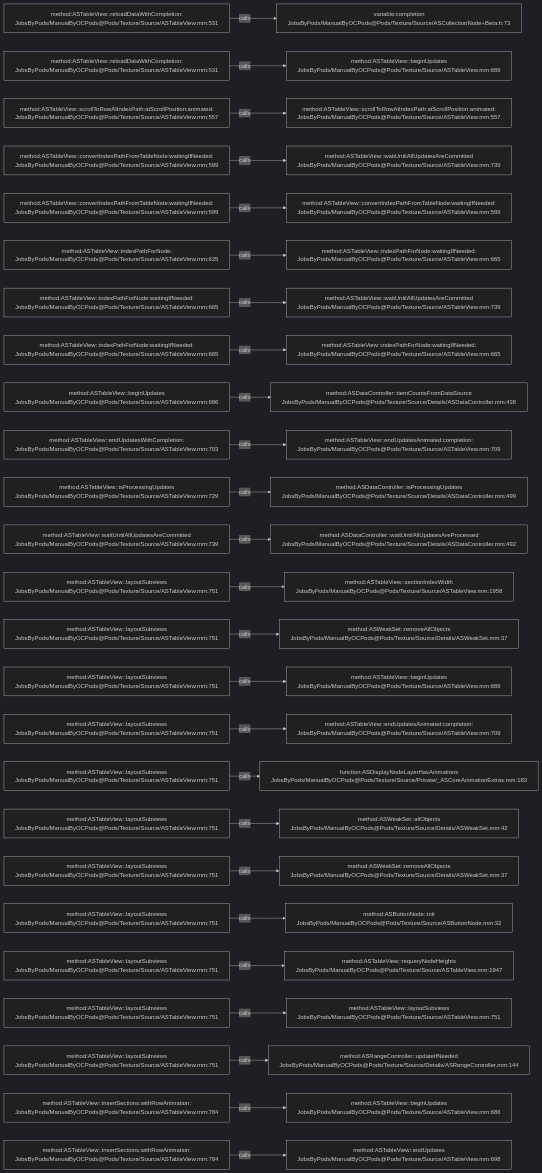
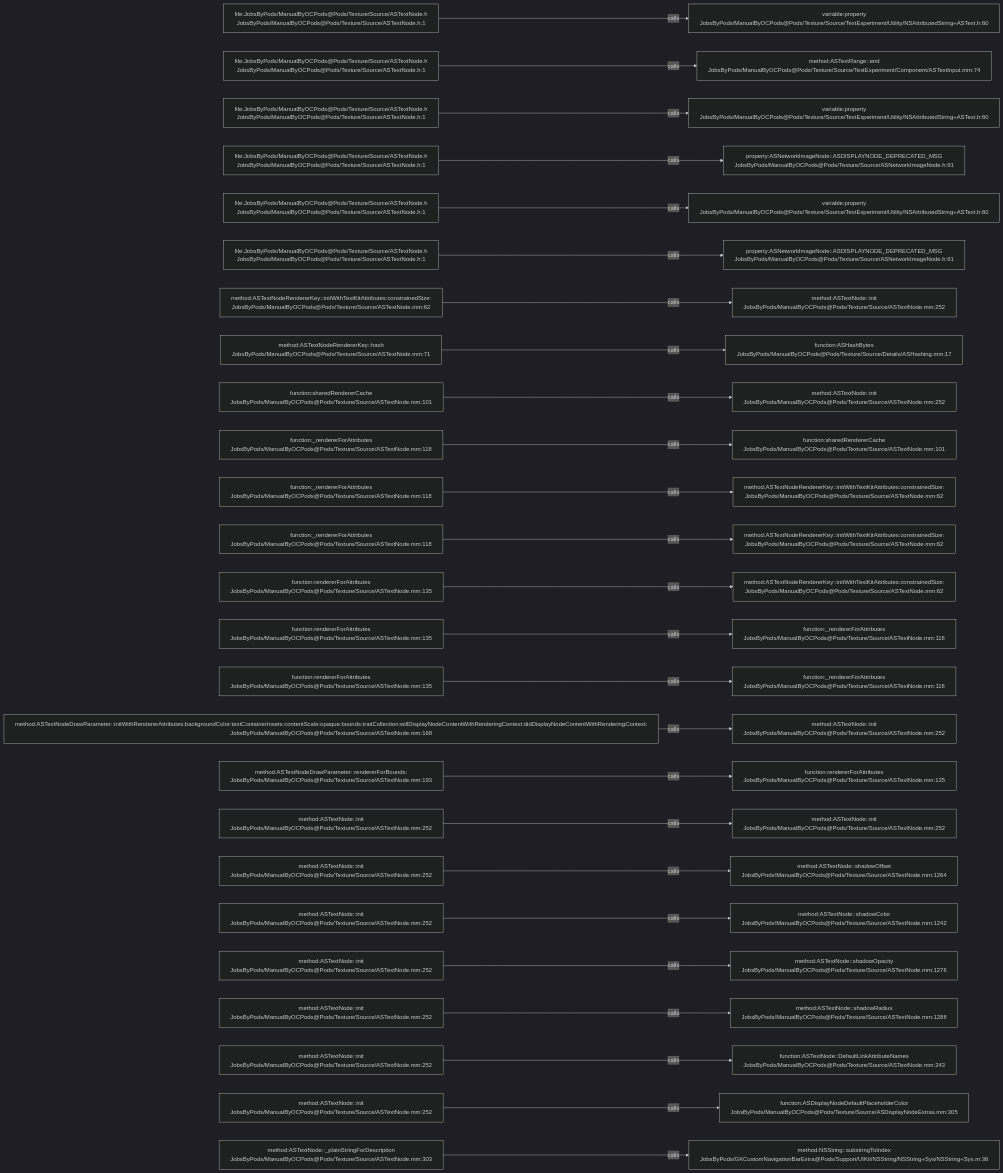
Before and after one commit to JobsKits/JobsOCBaseConfigDemo: the diagram in .codegraph/codegraph.md/graphs/calls-135.md, drawn with Mermaid (dark theme). The commit also changed 1223 other files, not shown here.

````diff
--- a/.codegraph/codegraph.md/graphs/calls-135.md
+++ b/.codegraph/codegraph.md/graphs/calls-135.md
@@ -13,78 +13,78 @@
 ```mermaid
 flowchart LR
-  S1["method:ASTableView::reloadDataWithCompletion:<br/>JobsByPods/ManualByOCPods@Pods/Texture/Source/ASTableView.mm:531"]
-  T1["variable:completion<br/>JobsByPods/ManualByOCPods@Pods/Texture/Source/ASCollectionNode+Beta.h:73"]
+  S1["file:JobsByPods/ManualByOCPods@Pods/Texture/Source/ASTextNode.h<br/>JobsByPods/ManualByOCPods@Pods/Texture/Source/ASTextNode.h:1"]
+  T1["variable:property<br/>JobsByPods/ManualByOCPods@Pods/Texture/Source/TextExperiment/Utility/NSAttributedString+ASText.h:60"]
   S1 -->|calls| T1
-  S2["method:ASTableView::reloadDataWithCompletion:<br/>JobsByPods/ManualByOCPods@Pods/Texture/Source/ASTableView.mm:531"]
-  T2["method:ASTableView::beginUpdates<br/>JobsByPods/ManualByOCPods@Pods/Texture/Source/ASTableView.mm:686"]
+  S2["file:JobsByPods/ManualByOCPods@Pods/Texture/Source/ASTextNode.h<br/>JobsByPods/ManualByOCPods@Pods/Texture/Source/ASTextNode.h:1"]
+  T2["method:ASTextRange::end<br/>JobsByPods/ManualByOCPods@Pods/Texture/Source/TextExperiment/Component/ASTextInput.mm:74"]
   S2 -->|calls| T2
-  S3["method:ASTableView::scrollToRowAtIndexPath:atScrollPosition:animated:<br/>JobsByPods/ManualByOCPods@Pods/Texture/Source/ASTableView.mm:557"]
-  T3["method:ASTableView::scrollToRowAtIndexPath:atScrollPosition:animated:<br/>JobsByPods/ManualByOCPods@Pods/Texture/Source/ASTableView.mm:557"]
+  S3["file:JobsByPods/ManualByOCPods@Pods/Texture/Source/ASTextNode.h<br/>JobsByPods/ManualByOCPods@Pods/Texture/Source/ASTextNode.h:1"]
+  T3["variable:property<br/>JobsByPods/ManualByOCPods@Pods/Texture/Source/TextExperiment/Utility/NSAttributedString+ASText.h:60"]
   S3 -->|calls| T3
-  S4["method:ASTableView::convertIndexPathFromTableNode:waitingIfNeeded:<br/>JobsByPods/ManualByOCPods@Pods/Texture/Source/ASTableView.mm:599"]
-  T4["method:ASTableView::waitUntilAllUpdatesAreCommitted<br/>JobsByPods/ManualByOCPods@Pods/Texture/Source/ASTableView.mm:739"]
+  S4["file:JobsByPods/ManualByOCPods@Pods/Texture/Source/ASTextNode.h<br/>JobsByPods/ManualByOCPods@Pods/Texture/Source/ASTextNode.h:1"]
+  T4["property:ASNetworkImageNode::ASDISPLAYNODE_DEPRECATED_MSG<br/>JobsByPods/ManualByOCPods@Pods/Texture/Source/ASNetworkImageNode.h:91"]
   S4 -->|calls| T4
-  S5["method:ASTableView::convertIndexPathFromTableNode:waitingIfNeeded:<br/>JobsByPods/ManualByOCPods@Pods/Texture/Source/ASTableView.mm:599"]
-  T5["method:ASTableView::convertIndexPathFromTableNode:waitingIfNeeded:<br/>JobsByPods/ManualByOCPods@Pods/Texture/Source/ASTableView.mm:599"]
+  S5["file:JobsByPods/ManualByOCPods@Pods/Texture/Source/ASTextNode.h<br/>JobsByPods/ManualByOCPods@Pods/Texture/Source/ASTextNode.h:1"]
+  T5["variable:property<br/>JobsByPods/ManualByOCPods@Pods/Texture/Source/TextExperiment/Utility/NSAttributedString+ASText.h:60"]
   S5 -->|calls| T5
-  S6["method:ASTableView::indexPathForNode:<br/>JobsByPods/ManualByOCPods@Pods/Texture/Source/ASTableView.mm:635"]
-  T6["method:ASTableView::indexPathForNode:waitingIfNeeded:<br/>JobsByPods/ManualByOCPods@Pods/Texture/Source/ASTableView.mm:665"]
+  S6["file:JobsByPods/ManualByOCPods@Pods/Texture/Source/ASTextNode.h<br/>JobsByPods/ManualByOCPods@Pods/Texture/Source/ASTextNode.h:1"]
+  T6["property:ASNetworkImageNode::ASDISPLAYNODE_DEPRECATED_MSG<br/>JobsByPods/ManualByOCPods@Pods/Texture/Source/ASNetworkImageNode.h:91"]
   S6 -->|calls| T6
-  S7["method:ASTableView::indexPathForNode:waitingIfNeeded:<br/>JobsByPods/ManualByOCPods@Pods/Texture/Source/ASTableView.mm:665"]
-  T7["method:ASTableView::waitUntilAllUpdatesAreCommitted<br/>JobsByPods/ManualByOCPods@Pods/Texture/Source/ASTableView.mm:739"]
+  S7["method:ASTextNodeRendererKey::initWithTextKitAttributes:constrainedSize:<br/>JobsByPods/ManualByOCPods@Pods/Texture/Source/ASTextNode.mm:62"]
+  T7["method:ASTextNode::init<br/>JobsByPods/ManualByOCPods@Pods/Texture/Source/ASTextNode.mm:252"]
   S7 -->|calls| T7
-  S8["method:ASTableView::indexPathForNode:waitingIfNeeded:<br/>JobsByPods/ManualByOCPods@Pods/Texture/Source/ASTableView.mm:665"]
-  T8["method:ASTableView::indexPathForNode:waitingIfNeeded:<br/>JobsByPods/ManualByOCPods@Pods/Texture/Source/ASTableView.mm:665"]
+  S8["method:ASTextNodeRendererKey::hash<br/>JobsByPods/ManualByOCPods@Pods/Texture/Source/ASTextNode.mm:71"]
+  T8["function:ASHashBytes<br/>JobsByPods/ManualByOCPods@Pods/Texture/Source/Details/ASHashing.mm:17"]
   S8 -->|calls| T8
-  S9["method:ASTableView::beginUpdates<br/>JobsByPods/ManualByOCPods@Pods/Texture/Source/ASTableView.mm:686"]
-  T9["method:ASDataController::itemCountsFromDataSource<br/>JobsByPods/ManualByOCPods@Pods/Texture/Source/Details/ASDataController.mm:438"]
+  S9["function:sharedRendererCache<br/>JobsByPods/ManualByOCPods@Pods/Texture/Source/ASTextNode.mm:101"]
+  T9["method:ASTextNode::init<br/>JobsByPods/ManualByOCPods@Pods/Texture/Source/ASTextNode.mm:252"]
   S9 -->|calls| T9
-  S10["method:ASTableView::endUpdatesWithCompletion:<br/>JobsByPods/ManualByOCPods@Pods/Texture/Source/ASTableView.mm:703"]
-  T10["method:ASTableView::endUpdatesAnimated:completion:<br/>JobsByPods/ManualByOCPods@Pods/Texture/Source/ASTableView.mm:709"]
+  S10["function:_rendererForAttributes<br/>JobsByPods/ManualByOCPods@Pods/Texture/Source/ASTextNode.mm:118"]
+  T10["function:sharedRendererCache<br/>JobsByPods/ManualByOCPods@Pods/Texture/Source/ASTextNode.mm:101"]
   S10 -->|calls| T10
-  S11["method:ASTableView::isProcessingUpdates<br/>JobsByPods/ManualByOCPods@Pods/Texture/Source/ASTableView.mm:729"]
-  T11["method:ASDataController::isProcessingUpdates<br/>JobsByPods/ManualByOCPods@Pods/Texture/Source/Details/ASDataController.mm:499"]
+  S11["function:_rendererForAttributes<br/>JobsByPods/ManualByOCPods@Pods/Texture/Source/ASTextNode.mm:118"]
+  T11["method:ASTextNodeRendererKey::initWithTextKitAttributes:constrainedSize:<br/>JobsByPods/ManualByOCPods@Pods/Texture/Source/ASTextNode.mm:62"]
   S11 -->|calls| T11
-  S12["method:ASTableView::waitUntilAllUpdatesAreCommitted<br/>JobsByPods/ManualByOCPods@Pods/Texture/Source/ASTableView.mm:739"]
-  T12["method:ASDataController::waitUntilAllUpdatesAreProcessed<br/>JobsByPods/ManualByOCPods@Pods/Texture/Source/Details/ASDataController.mm:492"]
+  S12["function:_rendererForAttributes<br/>JobsByPods/ManualByOCPods@Pods/Texture/Source/ASTextNode.mm:118"]
+  T12["method:ASTextNodeRendererKey::initWithTextKitAttributes:constrainedSize:<br/>JobsByPods/ManualByOCPods@Pods/Texture/Source/ASTextNode.mm:62"]
   S12 -->|calls| T12
-  S13["method:ASTableView::layoutSubviews<br/>JobsByPods/ManualByOCPods@Pods/Texture/Source/ASTableView.mm:751"]
-  T13["method:ASTableView::sectionIndexWidth<br/>JobsByPods/ManualByOCPods@Pods/Texture/Source/ASTableView.mm:1958"]
+  S13["function:rendererForAttributes<br/>JobsByPods/ManualByOCPods@Pods/Texture/Source/ASTextNode.mm:135"]
+  T13["method:ASTextNodeRendererKey::initWithTextKitAttributes:constrainedSize:<br/>JobsByPods/ManualByOCPods@Pods/Texture/Source/ASTextNode.mm:62"]
   S13 -->|calls| T13
-  S14["method:ASTableView::layoutSubviews<br/>JobsByPods/ManualByOCPods@Pods/Texture/Source/ASTableView.mm:751"]
-  T14["method:ASWeakSet::removeAllObjects<br/>JobsByPods/ManualByOCPods@Pods/Texture/Source/Details/ASWeakSet.mm:37"]
+  S14["function:rendererForAttributes<br/>JobsByPods/ManualByOCPods@Pods/Texture/Source/ASTextNode.mm:135"]
+  T14["function:_rendererForAttributes<br/>JobsByPods/ManualByOCPods@Pods/Texture/Source/ASTextNode.mm:118"]
   S14 -->|calls| T14
-  S15["method:ASTableView::layoutSubviews<br/>JobsByPods/ManualByOCPods@Pods/Texture/Source/ASTableView.mm:751"]
-  T15["method:ASTableView::beginUpdates<br/>JobsByPods/ManualByOCPods@Pods/Texture/Source/ASTableView.mm:686"]
+  S15["function:rendererForAttributes<br/>JobsByPods/ManualByOCPods@Pods/Texture/Source/ASTextNode.mm:135"]
+  T15["function:_rendererForAttributes<br/>JobsByPods/ManualByOCPods@Pods/Texture/Source/ASTextNode.mm:118"]
   S15 -->|calls| T15
-  S16["method:ASTableView::layoutSubviews<br/>JobsByPods/ManualByOCPods@Pods/Texture/Source/ASTableView.mm:751"]
-  T16["method:ASTableView::endUpdatesAnimated:completion:<br/>JobsByPods/ManualByOCPods@Pods/Texture/Source/ASTableView.mm:709"]
+  S16["method:ASTextNodeDrawParameter::initWithRendererAttributes:backgroundColor:textContainerInsets:contentScale:opaque:bounds:traitCollection:willDisplayNodeContentWithRenderingContext:didDisplayNodeContentWithRenderingContext:<br/>JobsByPods/ManualByOCPods@Pods/Texture/Source/ASTextNode.mm:168"]
+  T16["method:ASTextNode::init<br/>JobsByPods/ManualByOCPods@Pods/Texture/Source/ASTextNode.mm:252"]
   S16 -->|calls| T16
-  S17["method:ASTableView::layoutSubviews<br/>JobsByPods/ManualByOCPods@Pods/Texture/Source/ASTableView.mm:751"]
-  T17["function:ASDisplayNodeLayerHasAnimations<br/>JobsByPods/ManualByOCPods@Pods/Texture/Source/Private/_ASCoreAnimationExtras.mm:183"]
+  S17["method:ASTextNodeDrawParameter::rendererForBounds:<br/>JobsByPods/ManualByOCPods@Pods/Texture/Source/ASTextNode.mm:193"]
+  T17["function:rendererForAttributes<br/>JobsByPods/ManualByOCPods@Pods/Texture/Source/ASTextNode.mm:135"]
   S17 -->|calls| T17
-  S18["method:ASTableView::layoutSubviews<br/>JobsByPods/ManualByOCPods@Pods/Texture/Source/ASTableView.mm:751"]
-  T18["method:ASWeakSet::allObjects<br/>JobsByPods/ManualByOCPods@Pods/Texture/Source/Details/ASWeakSet.mm:42"]
+  S18["method:ASTextNode::init<br/>JobsByPods/ManualByOCPods@Pods/Texture/Source/ASTextNode.mm:252"]
+  T18["method:ASTextNode::init<br/>JobsByPods/ManualByOCPods@Pods/Texture/Source/ASTextNode.mm:252"]
   S18 -->|calls| T18
-  S19["method:ASTableView::layoutSubviews<br/>JobsByPods/ManualByOCPods@Pods/Texture/Source/ASTableView.mm:751"]
-  T19["method:ASWeakSet::removeAllObjects<br/>JobsByPods/ManualByOCPods@Pods/Texture/Source/Details/ASWeakSet.mm:37"]
+  S19["method:ASTextNode::init<br/>JobsByPods/ManualByOCPods@Pods/Texture/Source/ASTextNode.mm:252"]
+  T19["method:ASTextNode::shadowOffset<br/>JobsByPods/ManualByOCPods@Pods/Texture/Source/ASTextNode.mm:1264"]
   S19 -->|calls| T19
-  S20["method:ASTableView::layoutSubviews<br/>JobsByPods/ManualByOCPods@Pods/Texture/Source/ASTableView.mm:751"]
-  T20["method:ASButtonNode::init<br/>JobsByPods/ManualByOCPods@Pods/Texture/Source/ASButtonNode.mm:32"]
+  S20["method:ASTextNode::init<br/>JobsByPods/ManualByOCPods@Pods/Texture/Source/ASTextNode.mm:252"]
+  T20["method:ASTextNode::shadowColor<br/>JobsByPods/ManualByOCPods@Pods/Texture/Source/ASTextNode.mm:1242"]
   S20 -->|calls| T20
-  S21["method:ASTableView::layoutSubviews<br/>JobsByPods/ManualByOCPods@Pods/Texture/Source/ASTableView.mm:751"]
-  T21["method:ASTableView::requeryNodeHeights<br/>JobsByPods/ManualByOCPods@Pods/Texture/Source/ASTableView.mm:1947"]
+  S21["method:ASTextNode::init<br/>JobsByPods/ManualByOCPods@Pods/Texture/Source/ASTextNode.mm:252"]
+  T21["method:ASTextNode::shadowOpacity<br/>JobsByPods/ManualByOCPods@Pods/Texture/Source/ASTextNode.mm:1276"]
   S21 -->|calls| T21
-  S22["method:ASTableView::layoutSubviews<br/>JobsByPods/ManualByOCPods@Pods/Texture/Source/ASTableView.mm:751"]
-  T22["method:ASTableView::layoutSubviews<br/>JobsByPods/ManualByOCPods@Pods/Texture/Source/ASTableView.mm:751"]
+  S22["method:ASTextNode::init<br/>JobsByPods/ManualByOCPods@Pods/Texture/Source/ASTextNode.mm:252"]
+  T22["method:ASTextNode::shadowRadius<br/>JobsByPods/ManualByOCPods@Pods/Texture/Source/ASTextNode.mm:1288"]
   S22 -->|calls| T22
-  S23["method:ASTableView::layoutSubviews<br/>JobsByPods/ManualByOCPods@Pods/Texture/Source/ASTableView.mm:751"]
-  T23["method:ASRangeController::updateIfNeeded<br/>JobsByPods/ManualByOCPods@Pods/Texture/Source/Details/ASRangeController.mm:144"]
+  S23["method:ASTextNode::init<br/>JobsByPods/ManualByOCPods@Pods/Texture/Source/ASTextNode.mm:252"]
+  T23["function:ASTextNode::DefaultLinkAttributeNames<br/>JobsByPods/ManualByOCPods@Pods/Texture/Source/ASTextNode.mm:243"]
   S23 -->|calls| T23
-  S24["method:ASTableView::insertSections:withRowAnimation:<br/>JobsByPods/ManualByOCPods@Pods/Texture/Source/ASTableView.mm:784"]
-  T24["method:ASTableView::beginUpdates<br/>JobsByPods/ManualByOCPods@Pods/Texture/Source/ASTableView.mm:686"]
+  S24["method:ASTextNode::init<br/>JobsByPods/ManualByOCPods@Pods/Texture/Source/ASTextNode.mm:252"]
+  T24["function:ASDisplayNodeDefaultPlaceholderColor<br/>JobsByPods/ManualByOCPods@Pods/Texture/Source/ASDisplayNodeExtras.mm:305"]
   S24 -->|calls| T24
-  S25["method:ASTableView::insertSections:withRowAnimation:<br/>JobsByPods/ManualByOCPods@Pods/Texture/Source/ASTableView.mm:784"]
-  T25["method:ASTableView::endUpdates<br/>JobsByPods/ManualByOCPods@Pods/Texture/Source/ASTableView.mm:698"]
+  S25["method:ASTextNode::_plainStringForDescription<br/>JobsByPods/ManualByOCPods@Pods/Texture/Source/ASTextNode.mm:303"]
+  T25["method:NSString::substringToIndex<br/>JobsByPods/GKCustomNavigationBarExtra@Pods/Support/UIKit/NSString/NSString+Sys/NSString+Sys.m:36"]
   S25 -->|calls| T25
 ```
````
